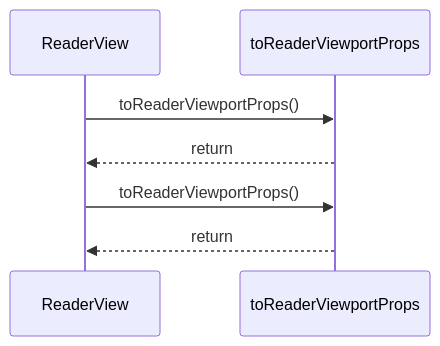
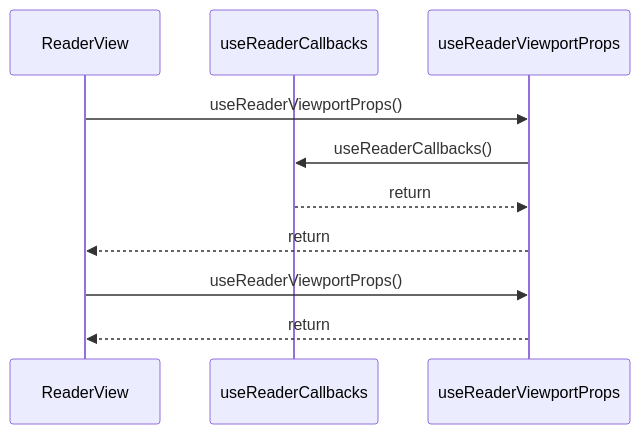
The diagram in paradox/diagrams/sequences/reader-view.mmd (ankhorage/reader), drawn with Mermaid before and after one commit. The commit also changed 10 other files, not shown here.

```diff
--- a/paradox/diagrams/sequences/reader-view.mmd
+++ b/paradox/diagrams/sequences/reader-view.mmd
@@ -1,7 +1,10 @@
 sequenceDiagram
   participant participant_ReaderView as ReaderView
-  participant participant_toReaderViewportProps as toReaderViewportProps
-  participant_ReaderView->>participant_toReaderViewportProps: toReaderViewportProps()
-  participant_toReaderViewportProps-->>participant_ReaderView: return
-  participant_ReaderView->>participant_toReaderViewportProps: toReaderViewportProps()
-  participant_toReaderViewportProps-->>participant_ReaderView: return
+  participant participant_useReaderCallbacks as useReaderCallbacks
+  participant participant_useReaderViewportProps as useReaderViewportProps
+  participant_ReaderView->>participant_useReaderViewportProps: useReaderViewportProps()
+  participant_useReaderViewportProps->>participant_useReaderCallbacks: useReaderCallbacks()
+  participant_useReaderCallbacks-->>participant_useReaderViewportProps: return
+  participant_useReaderViewportProps-->>participant_ReaderView: return
+  participant_ReaderView->>participant_useReaderViewportProps: useReaderViewportProps()
+  participant_useReaderViewportProps-->>participant_ReaderView: return
```
